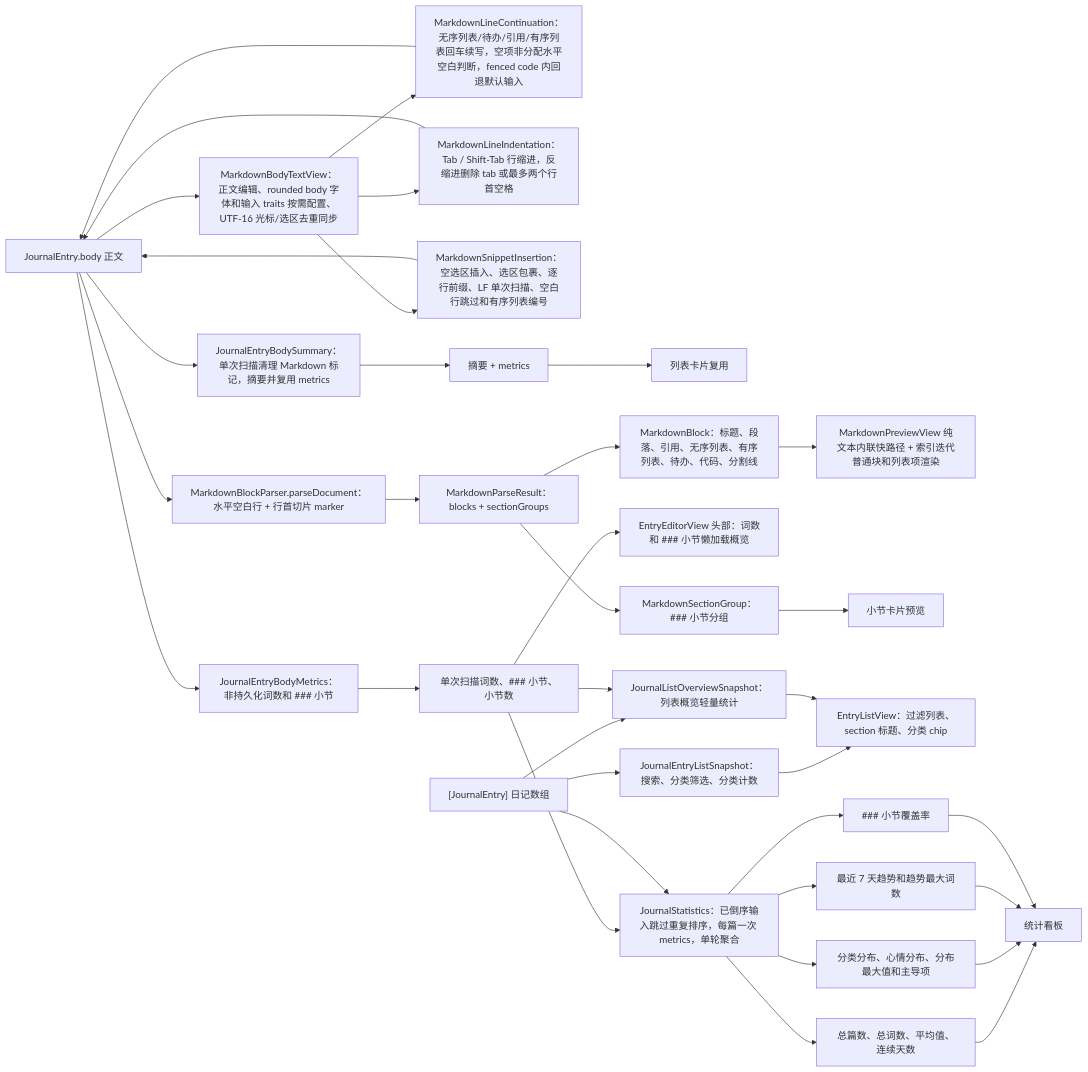
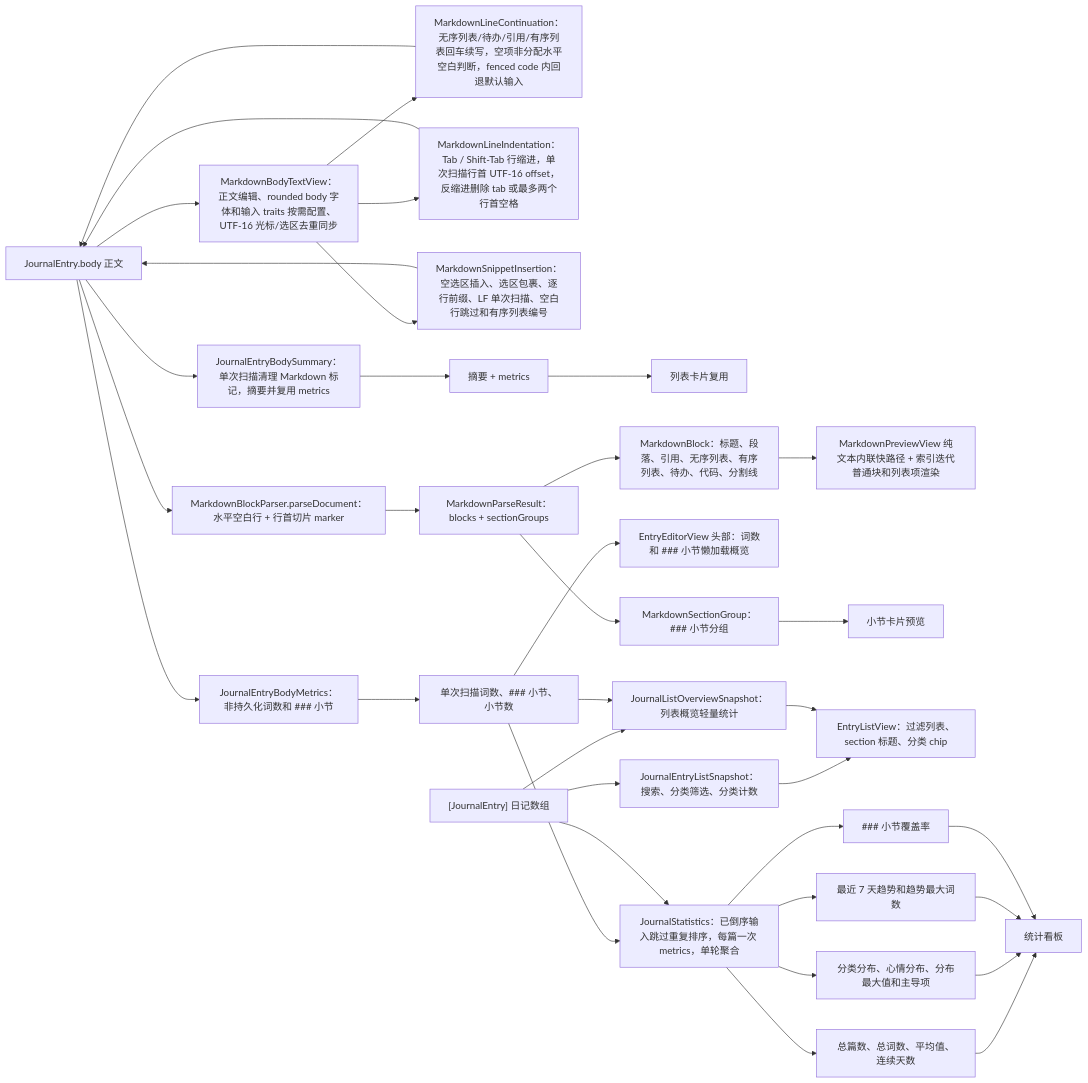
Before and after one commit to Altman-sam114/117: the fourth of 6 diagrams in md/flow/flowchart.md, drawn with Mermaid. The commit also changed other lines of this file and 8 other files, not shown here.

````diff
--- a/md/flow/flowchart.md
+++ b/md/flow/flowchart.md
@@ -123,37 +123,37 @@
 ```mermaid
 flowchart LR
   Body["JournalEntry.body 正文"] --> MetricsNode2["JournalEntryBodyMetrics：非持久化词数和 ### 小节"]
   Body --> Summary["JournalEntryBodySummary：单次扫描清理 Markdown 标记，摘要并复用 metrics"]
   Body --> BodyText["MarkdownBodyTextView：正文编辑、rounded body 字体和输入 traits 按需配置、UTF-16 光标/选区去重同步"]
   BodyText --> ContinueRule["MarkdownLineContinuation：无序列表/待办/引用/有序列表回车续写，空项非分配水平空白判断，fenced code 内回退默认输入"]
   ContinueRule --> Body
-  BodyText --> IndentRule["MarkdownLineIndentation：Tab / Shift-Tab 行缩进，反缩进删除 tab 或最多两个行首空格"]
+  BodyText --> IndentRule["MarkdownLineIndentation：Tab / Shift-Tab 行缩进，单次扫描行首 UTF-16 offset，反缩进删除 tab 或最多两个行首空格"]
   IndentRule --> Body
   BodyText --> InsertRule["MarkdownSnippetInsertion：空选区插入、选区包裹、逐行前缀、LF 单次扫描、空白行跳过和有序列表编号"]
   InsertRule --> Body
   MetricsNode2 --> MetricsData["单次扫描词数、### 小节、小节数"]
   Summary --> Excerpt["摘要 + metrics"]
   Excerpt --> RowEditor["列表卡片复用"]
   MetricsData --> Statistics["JournalStatistics：已倒序输入跳过重复排序，每篇一次 metrics，单轮聚合"]
   MetricsData --> EditorHeader["EntryEditorView 头部：词数和 ### 小节懒加载概览"]
   Body --> Parse["MarkdownBlockParser.parseDocument：水平空白行 + 行首切片 marker"]
   Parse --> Result["MarkdownParseResult：blocks + sectionGroups"]
   Result --> Blocks["MarkdownBlock：标题、段落、引用、无序列表、有序列表、待办、代码、分割线"]
   Blocks --> Preview["MarkdownPreviewView 纯文本内联快路径 + 索引迭代普通块和列表项渲染"]
   Result --> Sections["MarkdownSectionGroup：### 小节分组"]
   Sections --> SectionPreview["小节卡片预览"]
   Entries["[JournalEntry] 日记数组"] --> Statistics
   Entries --> ListSnapshot2["JournalEntryListSnapshot：搜索、分类筛选、分类计数"]
   ListSnapshot2 --> ListView["EntryListView：过滤列表、section 标题、分类 chip"]
   Entries --> ListOverview2["JournalListOverviewSnapshot：列表概览轻量统计"]
   MetricsData --> ListOverview2
   ListOverview2 --> ListView
   Statistics --> Metrics["总篇数、总词数、平均值、连续天数"]
   Statistics --> Distributions["分类分布、心情分布、分布最大值和主导项"]
   Statistics --> Trend["最近 7 天趋势和趋势最大词数"]
   Statistics --> Coverage["### 小节覆盖率"]
   Metrics --> Dashboard["统计看板"]
   Distributions --> Dashboard
   Trend --> Dashboard
   Coverage --> Dashboard
 ```
````
